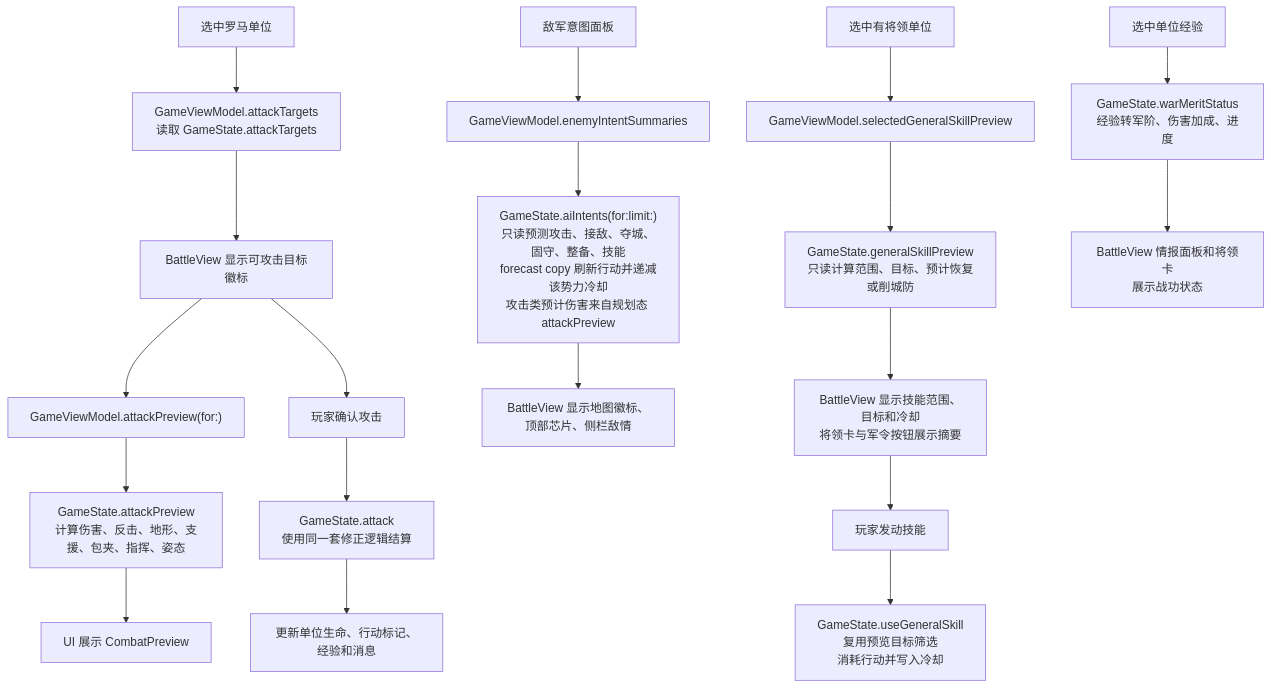
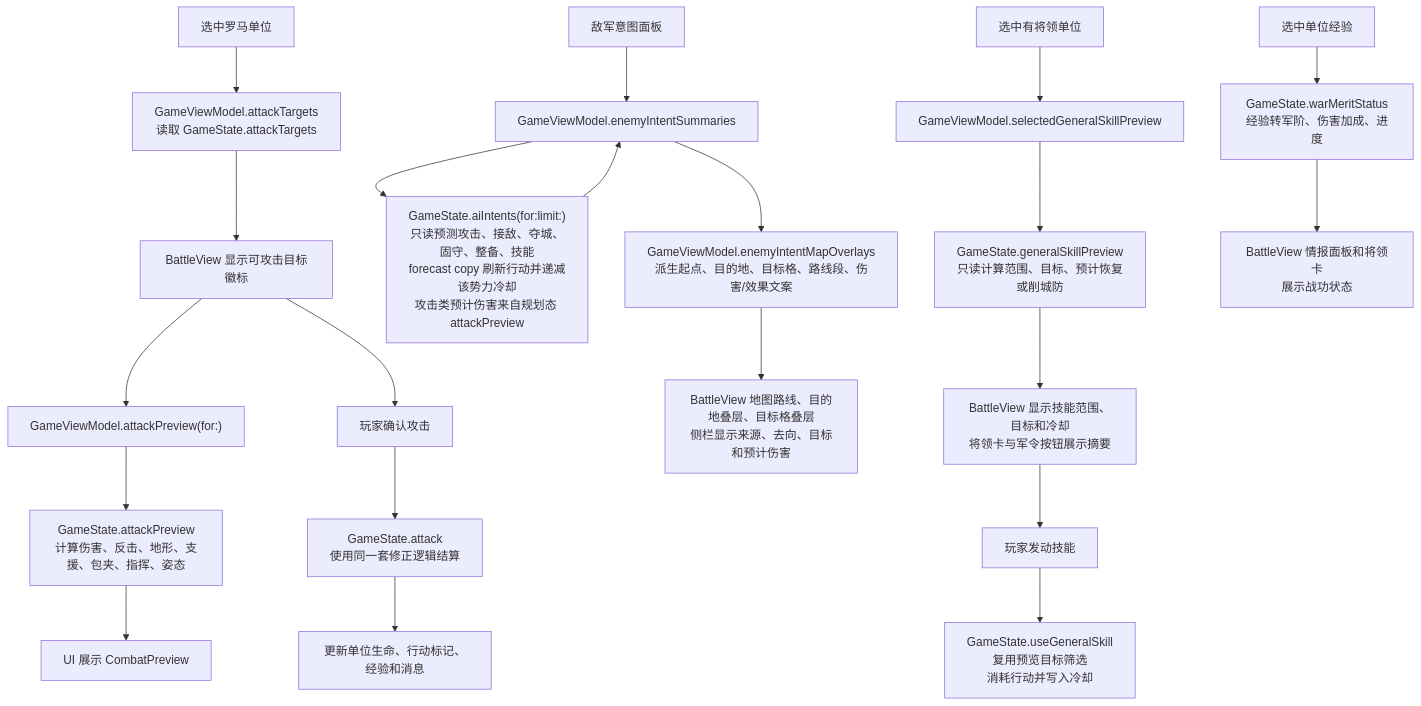
Before and after one commit to Altman-sam114/119: the third of 6 diagrams in md/flow/flowchart.md, drawn with Mermaid. The commit also changed other lines of this file and 11 other files, not shown here.

Commit message:
v0.10: 增加敌军意图路线叠层

````diff
--- a/md/flow/flowchart.md
+++ b/md/flow/flowchart.md
@@ -44,24 +44,26 @@
 ```mermaid
 flowchart TD
     A["选中罗马单位"] --> B["GameViewModel.attackTargets<br/>读取 GameState.attackTargets"]
     B --> C["BattleView 显示可攻击目标徽标"]
     C --> D["GameViewModel.attackPreview(for:)"]
     D --> E["GameState.attackPreview<br/>计算伤害、反击、地形、支援、包夹、指挥、姿态"]
     E --> F["UI 展示 CombatPreview"]
     C --> G["玩家确认攻击"]
     G --> H["GameState.attack<br/>使用同一套修正逻辑结算"]
     H --> I["更新单位生命、行动标记、经验和消息"]
 
     J["敌军意图面板"] --> K["GameViewModel.enemyIntentSummaries"]
     K --> L["GameState.aiIntents(for:limit:)<br/>只读预测攻击、接敌、夺城、固守、整备、技能<br/>forecast copy 刷新行动并递减该势力冷却<br/>攻击类预计伤害来自规划态 attackPreview"]
-    L --> M["BattleView 显示地图徽标、顶部芯片、侧栏敌情"]
+    K --> M["GameViewModel.enemyIntentMapOverlays<br/>派生起点、目的地、目标格、路线段、伤害/效果文案"]
+    L --> K
+    M --> W["BattleView 地图路线、目的地叠层、目标格叠层<br/>侧栏显示来源、去向、目标和预计伤害"]
 
     N["选中有将领单位"] --> O["GameViewModel.selectedGeneralSkillPreview"]
     O --> P["GameState.generalSkillPreview<br/>只读计算范围、目标、预计恢复或削城防"]
     P --> Q["BattleView 显示技能范围、目标和冷却<br/>将领卡与军令按钮展示摘要"]
     Q --> R["玩家发动技能"]
     R --> S["GameState.useGeneralSkill<br/>复用预览目标筛选<br/>消耗行动并写入冷却"]
 
     T["选中单位经验"] --> U["GameState.warMeritStatus<br/>经验转军阶、伤害加成、进度"]
     U --> V["BattleView 情报面板和将领卡<br/>展示战功状态"]
 ```
````
